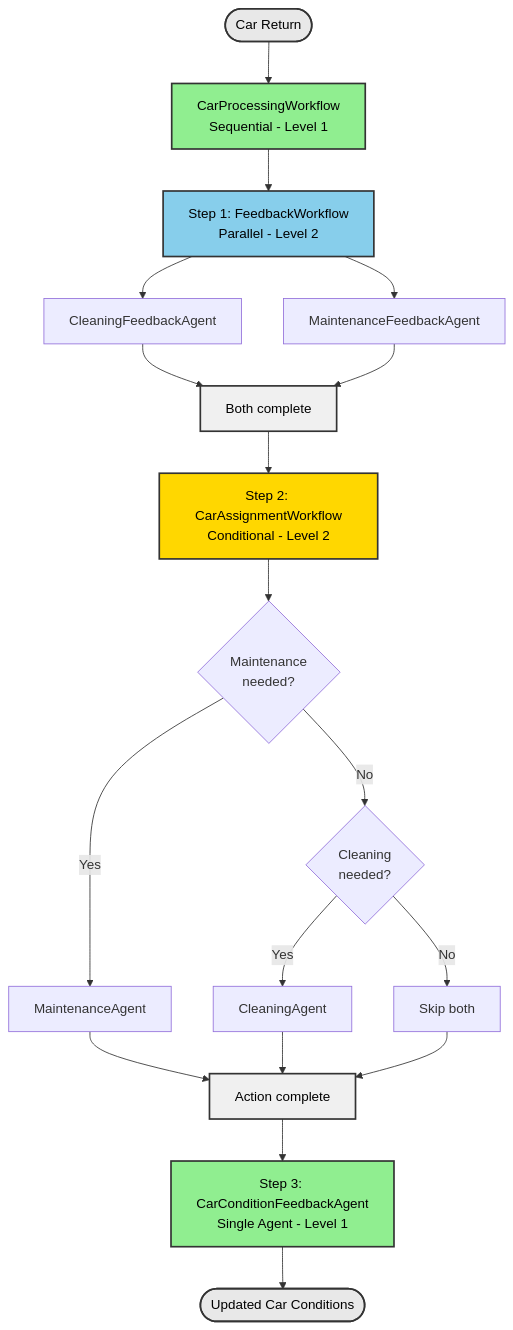
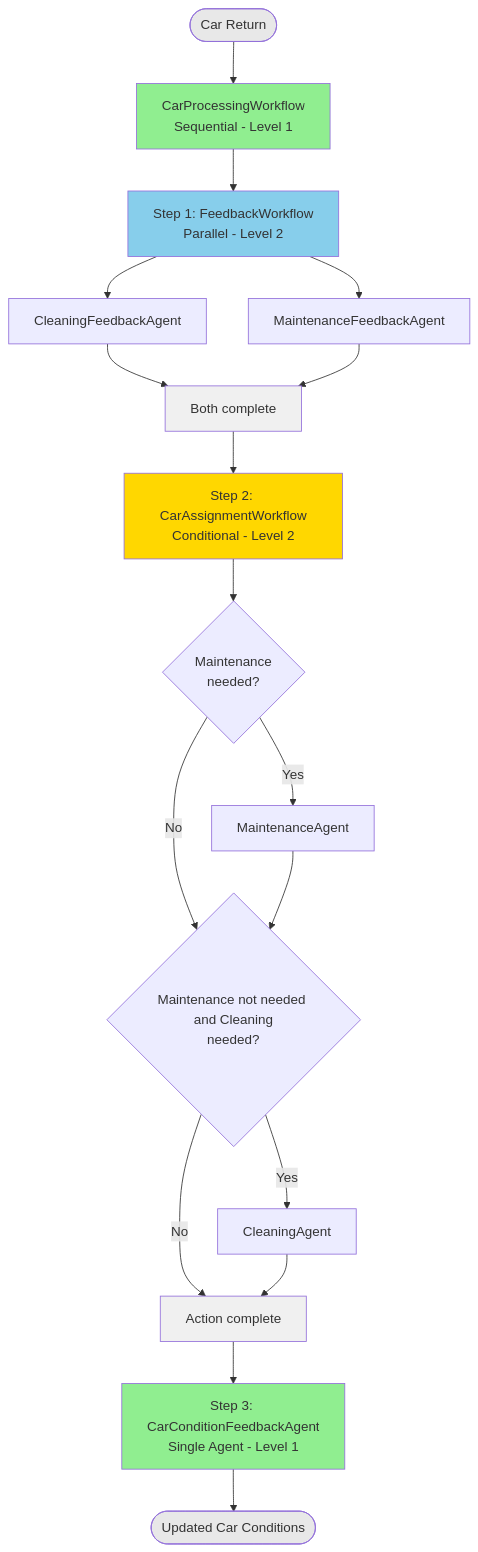
One commit to quarkusio/quarkus-workshop-langchain4j changed the third of 6 diagrams in docs/docs/section-2/step-03.md. Above: the diagram before and after it, drawn with Mermaid. The commit also changed other lines of this file and 14 other files, not shown here.

````diff
--- a/docs/docs/section-2/step-03.md
+++ b/docs/docs/section-2/step-03.md
@@ -115,32 +114,31 @@
 ```mermaid
 graph TB
-    Start(["Car Return"]) --> A["CarProcessingWorkflow<br/>Sequential - Level 1"]
+    Start([Car Return]) --> A[CarProcessingWorkflow<br/>Sequential - Level 1]
     
-    A --> B["Step 1: FeedbackWorkflow<br/>Parallel - Level 2"]
-    B --> B1["CleaningFeedbackAgent"]
-    B --> B2["MaintenanceFeedbackAgent"]
-    B1 --> BEnd["Both complete"]
+    A --> B[Step 1: FeedbackWorkflow<br/>Parallel - Level 2]
+    B --> B1[CleaningFeedbackAgent]
+    B --> B2[MaintenanceFeedbackAgent]
+    B1 --> BEnd[Both complete]
     B2 --> BEnd
     
-    BEnd --> C["Step 2: CarAssignmentWorkflow<br/>Conditional - Level 2"]
-    C --> C1{"Maintenance<br/>needed?"}
-    C1 -->|Yes| C2["MaintenanceAgent"]
-    C1 -->|No| C3{"Cleaning<br/>needed?"}
-    C3 -->|Yes| C4["CleaningAgent"]
-    C3 -->|No| C5["Skip both"]
-    C2 --> CEnd["Action complete"]
+    BEnd --> C[Step 2: CarAssignmentWorkflow<br/>Conditional - Level 2]
+    C --> C1{Maintenance<br/>needed?}
+    C1 -->|Yes| C2[MaintenanceAgent]
+    C1 -->|No| C3{Maintenance not needed and Cleaning<br/>needed?}
+    C3 -->|Yes| C4[CleaningAgent]
+    C2 --> C3
+    C3 -->|No| CEnd[Action complete]
     C4 --> CEnd
-    C5 --> CEnd
     
-    CEnd --> D["Step 3: CarConditionFeedbackAgent<br/>Single Agent - Level 1"]
-    D --> End(["Updated Car Conditions"])
+    CEnd --> D[Step 3: CarConditionFeedbackAgent<br/>Single Agent - Level 1]
+    D --> End([Updated Car Conditions])
     
-    style A fill:#90EE90,stroke:#333,stroke-width:2,color:#000
-    style B fill:#87CEEB,stroke:#333,stroke-width:2,color:#000
-    style C fill:#FFD700,stroke:#333,stroke-width:2,color:#000
-    style D fill:#90EE90,stroke:#333,stroke-width:2,color:#000
-    style Start fill:#E8E8E8,stroke:#333,stroke-width:2,color:#000
-    style End fill:#E8E8E8,stroke:#333,stroke-width:2,color:#000
-    style BEnd fill:#F0F0F0,stroke:#333,stroke-width:2,color:#000
-    style CEnd fill:#F0F0F0,stroke:#333,stroke-width:2,color:#000
+    style A fill:#90EE90
+    style B fill:#87CEEB
+    style C fill:#FFD700
+    style D fill:#90EE90
+    style Start fill:#E8E8E8
+    style End fill:#E8E8E8
+    style BEnd fill:#F0F0F0
+    style CEnd fill:#F0F0F0
 ```
````
